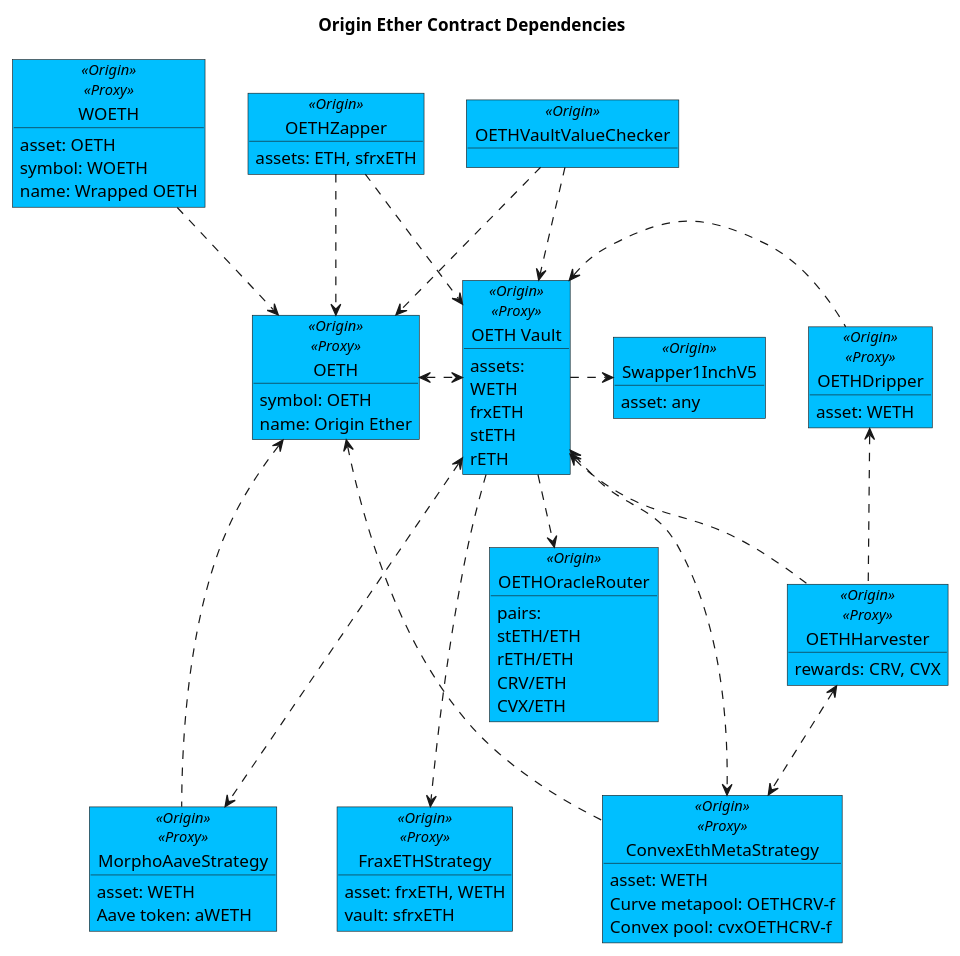
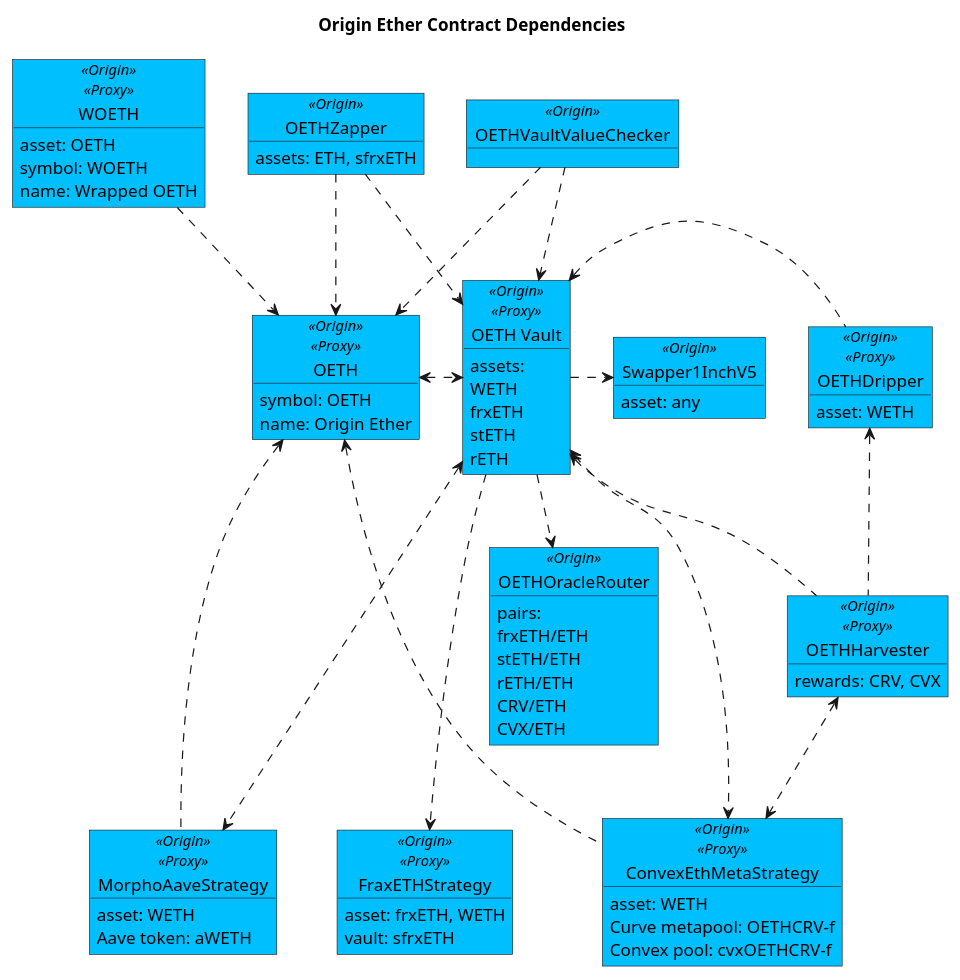
The diagram in contracts/docs/plantuml/oethContracts.puml (OriginProtocol/origin-dollar), drawn with PlantUML before and after one commit. The commit also changed 1 other file, not shown here.

Commit message:
Added frxETH/ETH as pair for OETHOracleRouter in OETH contracts diagram

```diff
--- a/contracts/docs/plantuml/oethContracts.puml
+++ b/contracts/docs/plantuml/oethContracts.puml
@@ -58,6 +58,7 @@
 ' Oracle
 object "OETHOracleRouter" as oracle <<Origin>> #DeepSkyBlue {
 pairs:
+    frxETH/ETH
     stETH/ETH
     rETH/ETH
     CRV/ETH
```
